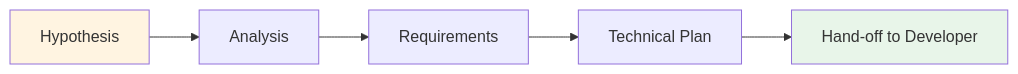
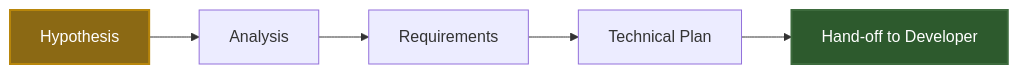
One commit to sovavibe/start changed the first of 3 diagrams in docs/ROLES.md. Above: the diagram before and after it, drawn with Mermaid. The commit also changed other lines of this file and 37 other files, not shown here.

````diff
--- a/docs/ROLES.md
+++ b/docs/ROLES.md
@@ -41,10 +41,10 @@
 ```mermaid
 graph LR
     A[Hypothesis] --> B[Analysis]
     B --> C[Requirements]
     C --> D[Technical Plan]
     D --> E[Hand-off to Developer]
     
-    style A fill:#fff4e1
-    style E fill:#e8f5e9
+    style A fill:#8b6914,stroke:#b8860b,stroke-width:2px,color:#fff
+    style E fill:#2d5a2d,stroke:#3d6b3d,stroke-width:2px,color:#fff
 ```
````
